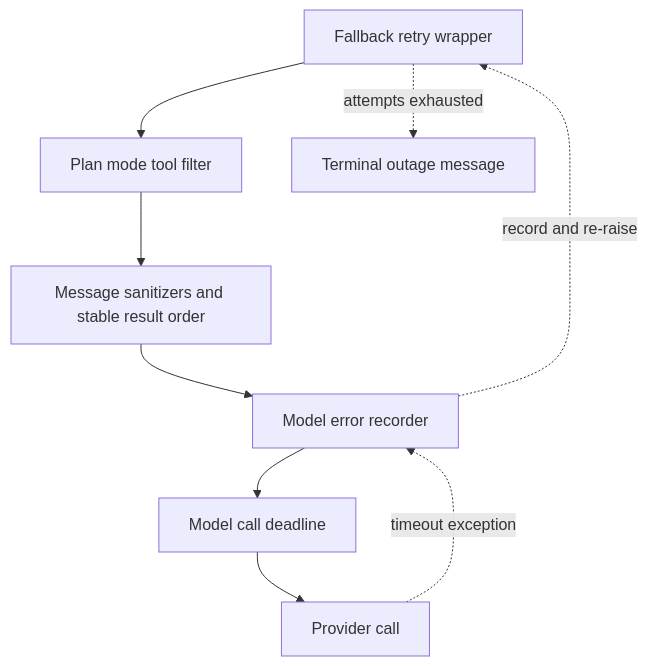
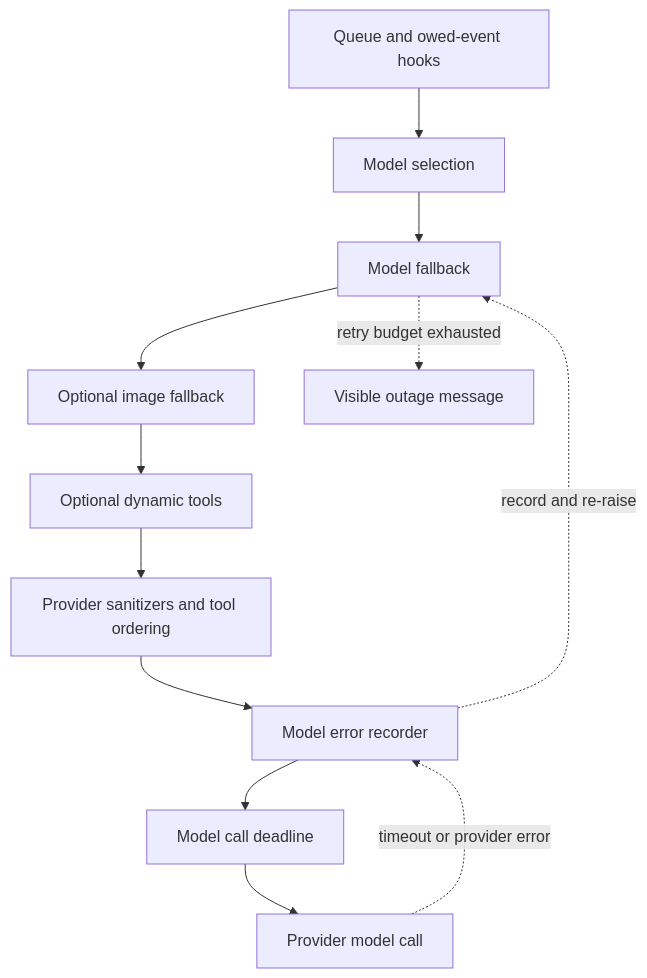
Before and after one commit to langchain-ai/open-swe: the diagram in openwiki/architecture/middleware-stack.md, drawn with Mermaid. The commit also changed other lines of this file and 51 other files, not shown here.

````diff
--- a/openwiki/architecture/middleware-stack.md
+++ b/openwiki/architecture/middleware-stack.md
@@ -93,11 +69,14 @@
 ```mermaid
 flowchart TD
-  Fallback["Fallback retry wrapper"] --> Plan["Plan mode tool filter"]
-  Plan --> Clean["Message sanitizers and stable result order"]
-  Clean --> Errors["Model error recorder"]
-  Errors --> Deadline["Model call deadline"]
-  Deadline --> Provider["Provider call"]
-  Provider -. "timeout exception" .-> Errors
-  Errors -. "record and re-raise" .-> Fallback
-  Fallback -. "attempts exhausted" .-> Outage["Terminal outage message"]
+  Queue["Queue and owed-event hooks"] --> Select["Model selection"]
+  Select --> Fallback["Model fallback"]
+  Fallback --> Image["Optional image fallback"]
+  Image --> Dynamic["Optional dynamic tools"]
+  Dynamic --> Sanitize["Provider sanitizers and tool ordering"]
+  Sanitize --> Record["Model error recorder"]
+  Record --> Deadline["Model call deadline"]
+  Deadline --> Provider["Provider model call"]
+  Provider -. "timeout or provider error" .-> Record
+  Record -. "record and re-raise" .-> Fallback
+  Fallback -. "retry budget exhausted" .-> Outage["Visible outage message"]
 ```
````
